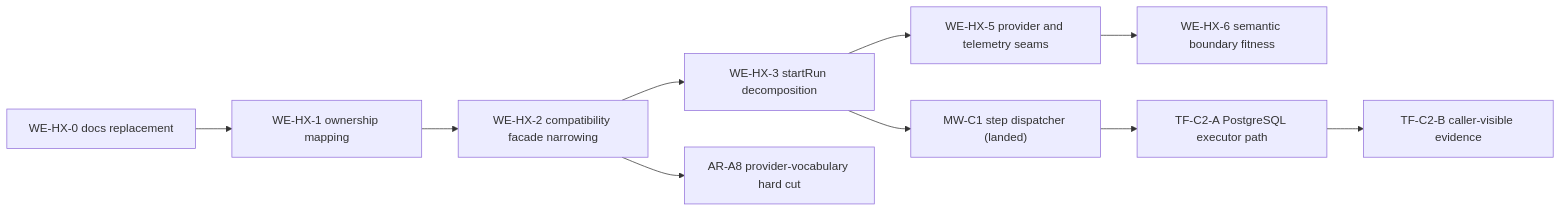
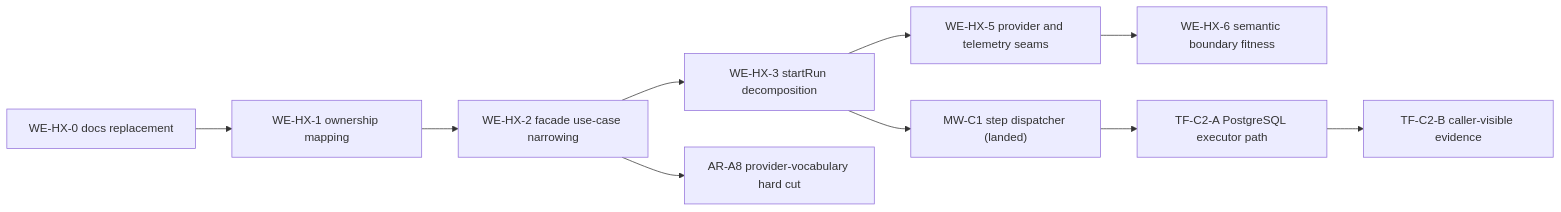
The second of 2 diagrams in docs/architecture/components/engine/roadmap/engine-phases.md (dunay2/dvt), drawn with Mermaid before and after one commit. The commit also changed other lines of this file and 5 other files, not shown here.

````diff
--- a/docs/architecture/components/engine/roadmap/engine-phases.md
+++ b/docs/architecture/components/engine/roadmap/engine-phases.md
@@ -81,12 +83,12 @@
 ```mermaid
 flowchart LR
   HX0["WE-HX-0 docs replacement"] --> HX1["WE-HX-1 ownership mapping"]
-  HX1 --> HX2["WE-HX-2 compatibility facade narrowing"]
+  HX1 --> HX2["WE-HX-2 facade use-case narrowing"]
   HX2 --> HX3["WE-HX-3 startRun decomposition"]
   HX2 --> A8["AR-A8 provider-vocabulary hard cut"]
   HX3 --> HX5["WE-HX-5 provider and telemetry seams"]
   HX5 --> HX6["WE-HX-6 semantic boundary fitness"]
   HX3 --> MW["MW-C1 step dispatcher (landed)"]
   MW --> TFC2A["TF-C2-A PostgreSQL executor path"]
   TFC2A --> TFC2B["TF-C2-B caller-visible evidence"]
 ```
````
